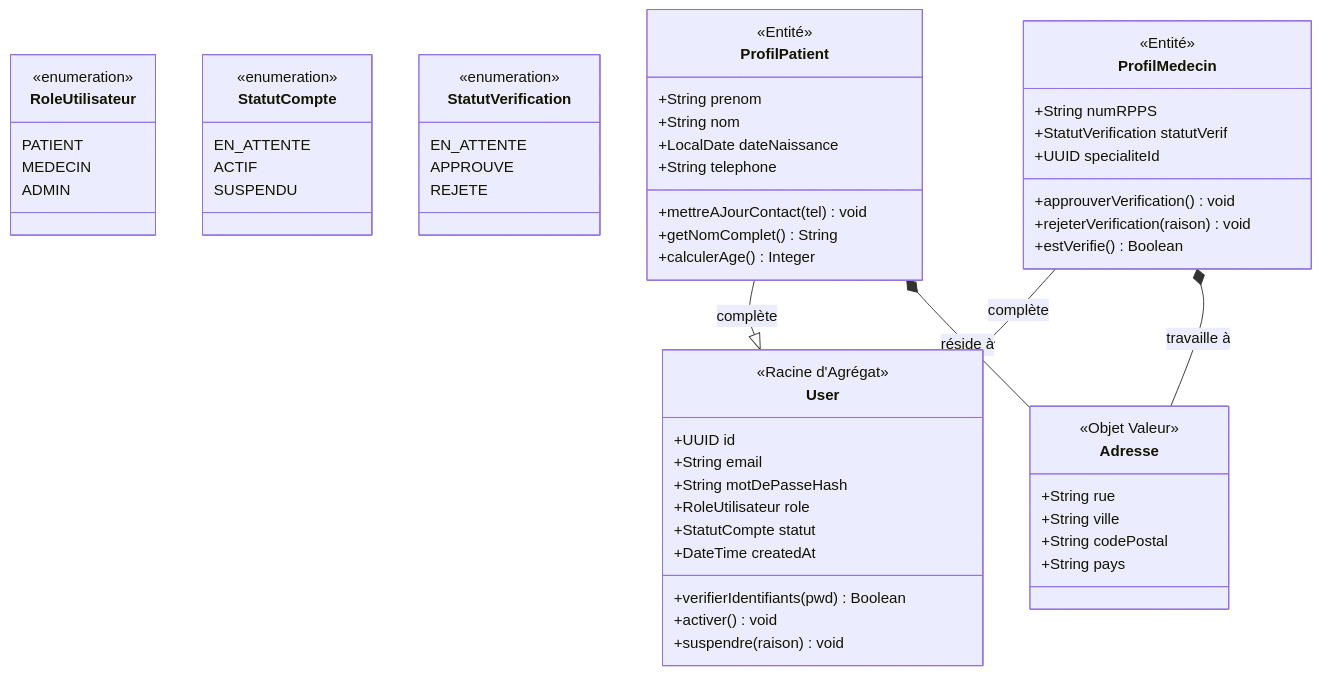
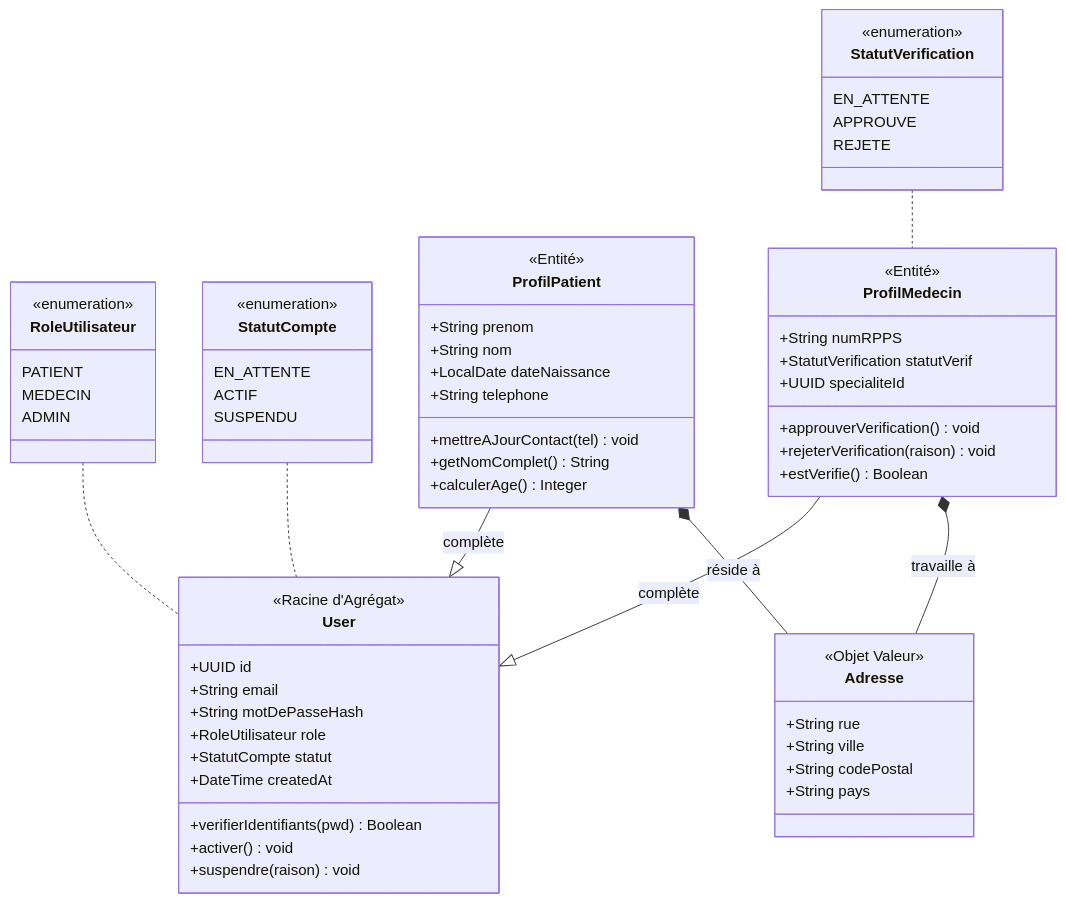
One commit to bassimtbb/MediLink changed the first of 4 diagrams in README.md. Above: the diagram before and after it, drawn with Mermaid. The commit also changed other lines of this file, not shown here.

Commit message:
Update class diagrams and relationships in README

````diff
--- a/README.md
+++ b/README.md
@@ -161,72 +161,75 @@
 ```mermaid
 classDiagram
     class RoleUtilisateur {
         <<enumeration>>
         PATIENT
         MEDECIN
         ADMIN
     }
 
     class StatutCompte {
         <<enumeration>>
         EN_ATTENTE
         ACTIF
         SUSPENDU
     }
 
     class StatutVerification {
         <<enumeration>>
         EN_ATTENTE
         APPROUVE
         REJETE
     }
   
 
     class ProfilPatient {
         <<Entité>>
         +String prenom
         +String nom
         +LocalDate dateNaissance
         +String telephone
         +mettreAJourContact(tel) void
         +getNomComplet() String
         +calculerAge() Integer
     }
 
     class ProfilMedecin {
         <<Entité>>
         +String numRPPS
         +StatutVerification statutVerif
         +UUID specialiteId
         +approuverVerification() void
         +rejeterVerification(raison) void
         +estVerifie() Boolean
     }
  class User {
         <<Racine d'Agrégat>>
         +UUID id
         +String email
         +String motDePasseHash
         +RoleUtilisateur role
         +StatutCompte statut
         +DateTime createdAt
         +verifierIdentifiants(pwd) Boolean
         +activer() void
         +suspendre(raison) void
     }
 
     class Adresse {
         <<Objet Valeur>>
         +String rue
         +String ville
         +String codePostal
         +String pays
     }
 
-ProfilMedecin --|> User : complète
-ProfilPatient --|> User : complète
+      ProfilMedecin --|> User : complète
+      ProfilPatient --|> User : complète
   
       ProfilPatient *-- Adresse : réside à   
-ProfilMedecin *-- Adresse : travaille à
-  
+      ProfilMedecin *-- Adresse : travaille à
+
+      StatutVerification .. ProfilMedecin
+      StatutCompte .. User
+      RoleUtilisateur .. User
 ```
````
